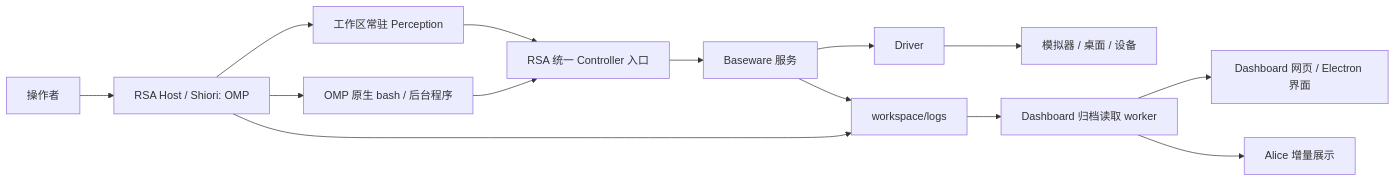
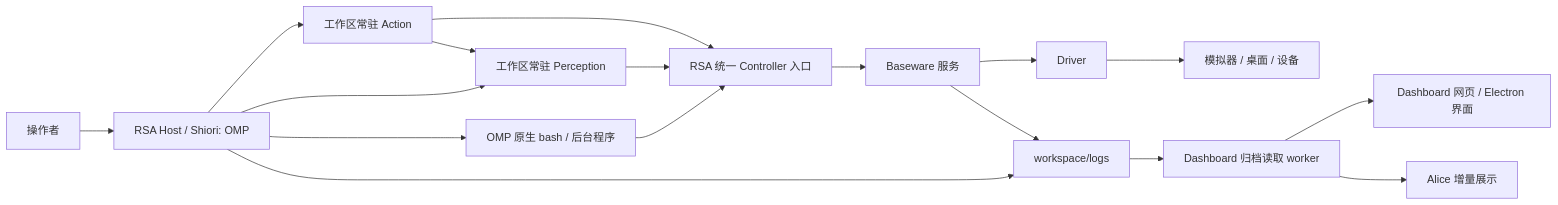
One commit to luokerenx4/Ludens-alpha changed the diagram in docs/architecture.md. Above: the diagram before and after it, drawn with Mermaid. The commit also changed other lines of this file and 60 other files, not shown here.

````diff
--- a/docs/architecture.md
+++ b/docs/architecture.md
@@ -15,16 +15,19 @@
 ```mermaid
 flowchart LR
     O[操作者] --> H[RSA Host / Shiori: OMP]
     H --> P[工作区常驻 Perception]
+    H --> X[工作区常驻 Action]
     H --> S[OMP 原生 bash / 后台程序]
     S --> C[RSA 统一 Controller 入口]
     P --> C
+    X --> C
+    X --> P
     C --> B[Baseware 服务]
     B --> D[Driver]
     D --> E[模拟器 / 桌面 / 设备]
     H --> L[workspace/logs]
     B --> L
     L --> R[Dashboard 归档读取 worker]
     R --> V[Dashboard 网页 / Electron 界面]
     R --> A[Alice 增量展示]
 ```
````
